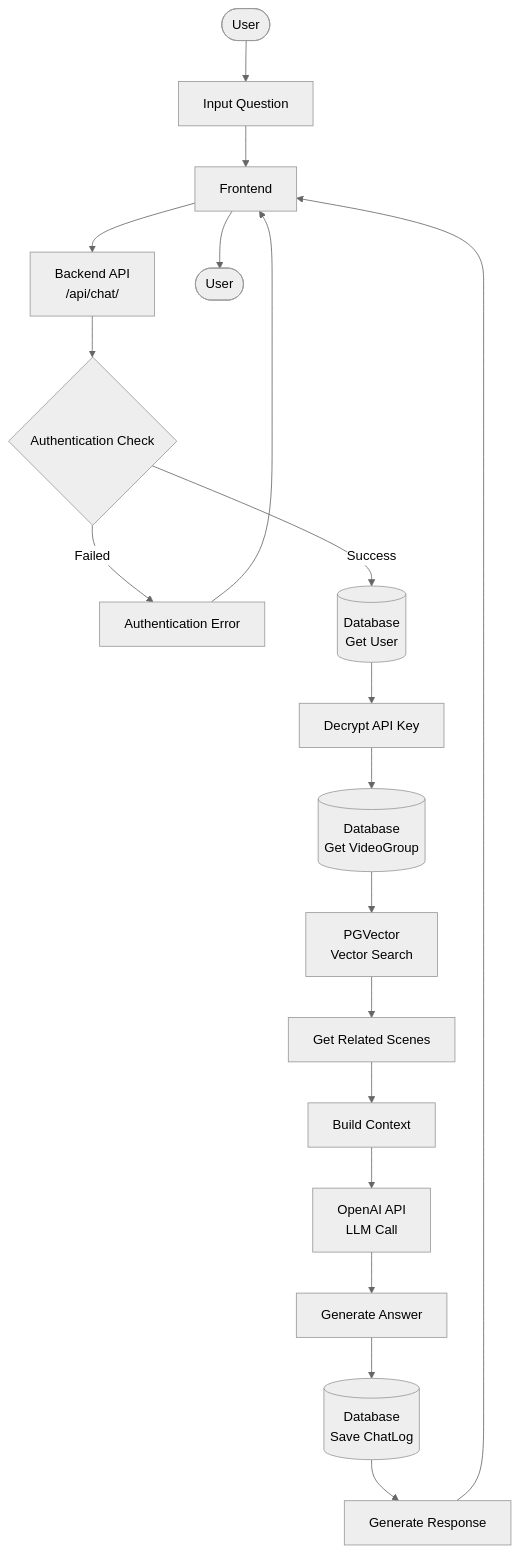
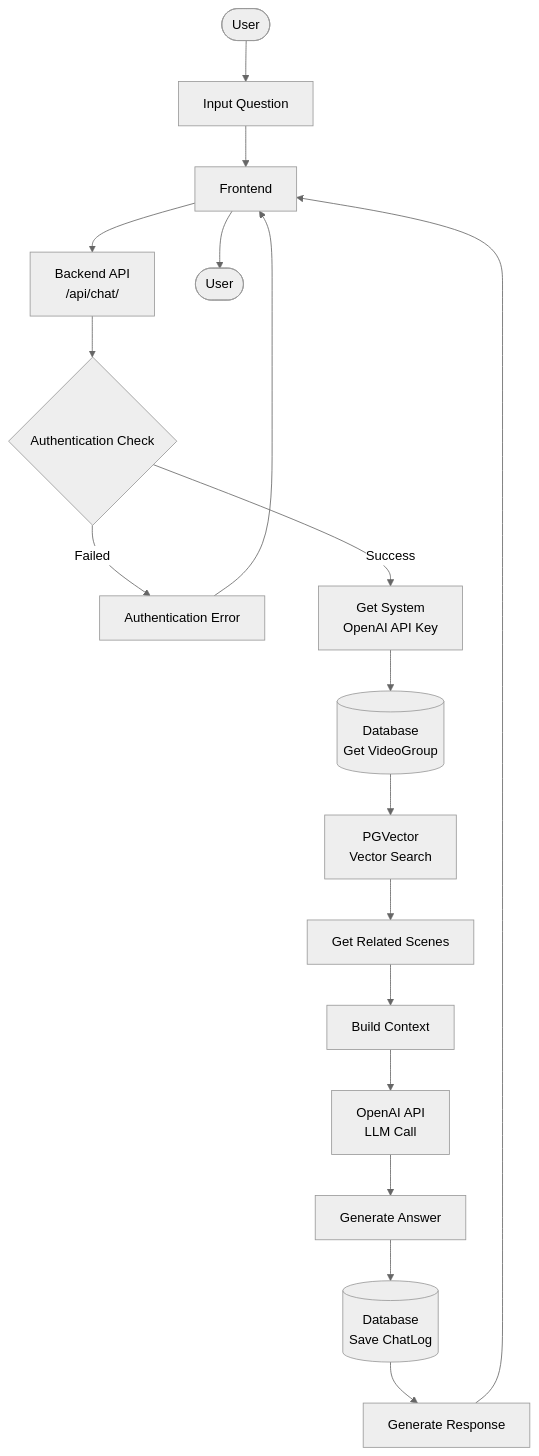
Before and after one commit to yukiharada1228/videoq: the second of 6 diagrams in docs/database/data-flow-diagram.md, drawn with Mermaid (neutral theme). The commit also changed other lines of this file and 13 other files, not shown here.

````diff
--- a/docs/database/data-flow-diagram.md
+++ b/docs/database/data-flow-diagram.md
@@ -45,27 +45,26 @@
 ```mermaid
 flowchart TD
     Start([User]) --> Input[Input Question]
     Input --> Frontend[Frontend]
     Frontend --> API[Backend API<br/>/api/chat/]
     
     API --> Auth{Authentication Check}
     Auth -->|Failed| Error1[Authentication Error]
-    Auth -->|Success| GetUser[(Database<br/>Get User)]
+    Auth -->|Success| GetAPIKey[Get System<br/>OpenAI API Key]
     
-    GetUser --> Decrypt[Decrypt API Key]
-    Decrypt --> GetGroup[(Database<br/>Get VideoGroup)]
+    GetAPIKey --> GetGroup[(Database<br/>Get VideoGroup)]
     
     GetGroup --> VectorSearch[PGVector<br/>Vector Search]
     VectorSearch --> RelatedScenes[Get Related Scenes]
     RelatedScenes --> BuildContext[Build Context]
     
     BuildContext --> LLM[OpenAI API<br/>LLM Call]
     LLM --> Answer[Generate Answer]
     
     Answer --> SaveLog[(Database<br/>Save ChatLog)]
     SaveLog --> Response[Generate Response]
     Response --> Frontend
     Frontend --> End([User])
     
     Error1 --> Frontend
 ```
````
